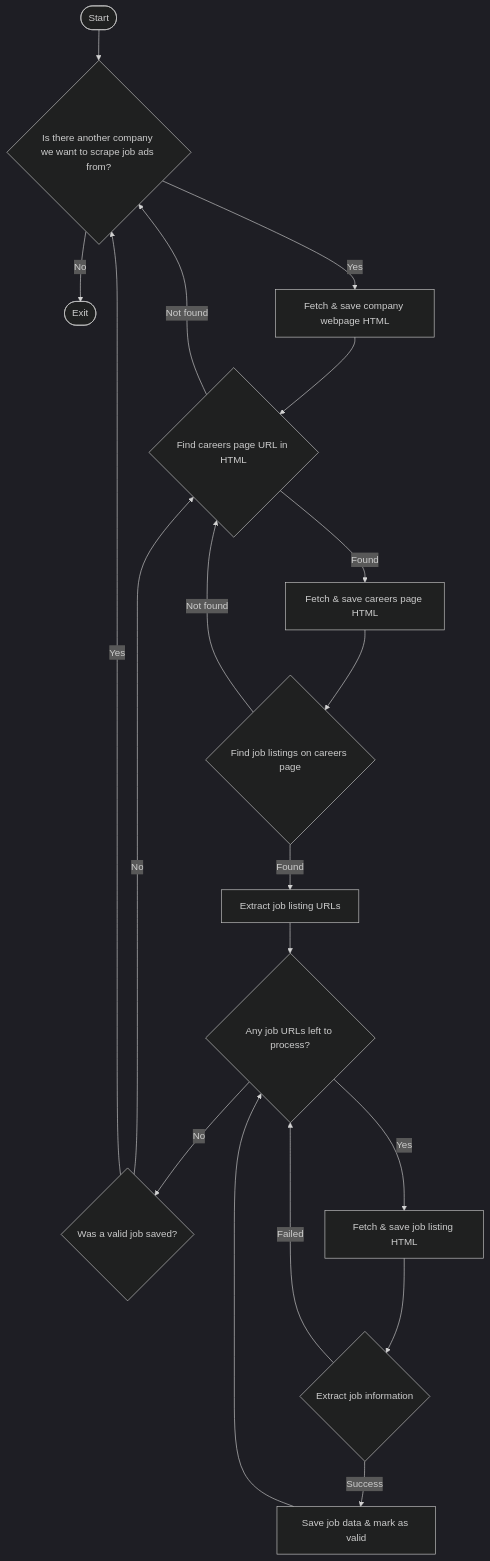
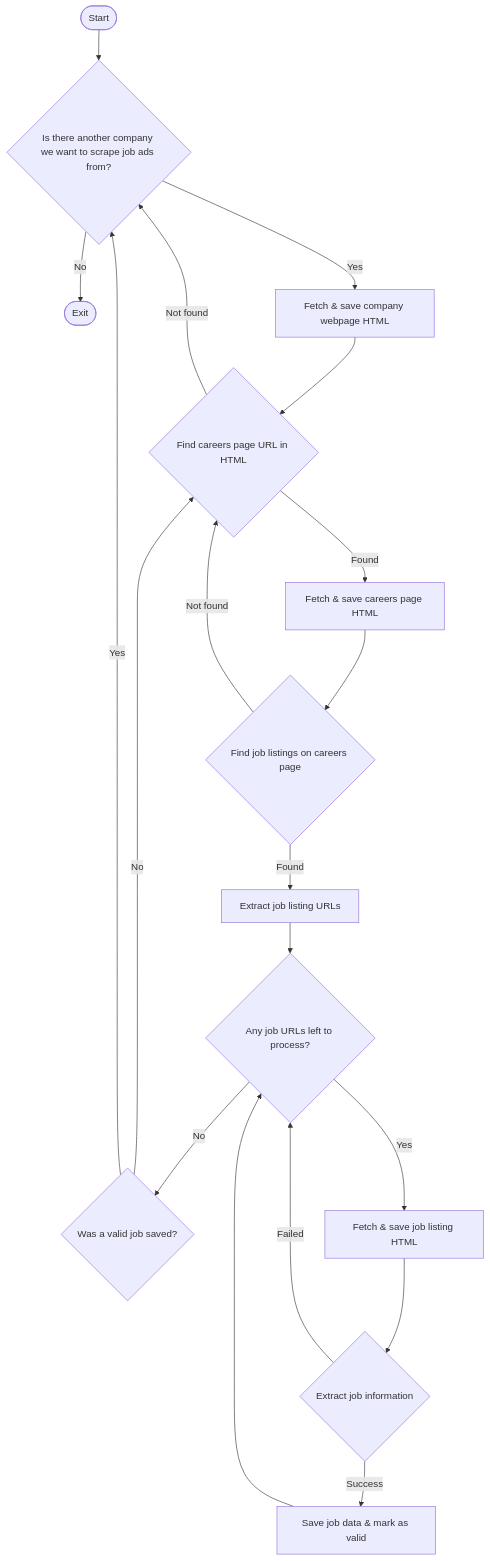
Before and after one commit to a-curious-coder/scrounger: the diagram in README.md, drawn with Mermaid. The commit also changed 4 other files, not shown here.

````diff
--- a/README.md
+++ b/README.md
@@ -51,22 +51,22 @@
 ```mermaid
-%%{init: {'theme': 'dark', 'flowchart': {'curve': 'basis'}, 'fontSize': 14}}%%
+%%{init: {'theme': 'dark', 'flowchart': {'curve': 'basis'}, 'fontSize': 14px}}%%
 flowchart TB
     Start(["`Start`"]) --> CheckCompanyURL{"`Is there another company we want to scrape job ads from?`"}
     CheckCompanyURL -->|No| Exit(["`Exit`"])
     CheckCompanyURL -->|Yes| GetMainPage["`Fetch & save company webpage HTML`"]
     GetMainPage --> FindCareersURL{"`Find careers page URL in HTML`"}
     FindCareersURL -->|Not found| CheckCompanyURL
     FindCareersURL -->|Found| GetCareersPage["`Fetch & save careers page HTML`"]
     GetCareersPage --> FindJobListings{"`Find job listings on careers page`"}
     FindJobListings -->|Not found| FindCareersURL
     FindJobListings -->|Found| ExtractJobURLs["`Extract job listing URLs`"]
     ExtractJobURLs --> CheckJobURL{"`Any job URLs left to process?`"}
     CheckJobURL -->|No| CheckValidJob{"`Was a valid job saved?`"}
     CheckValidJob -->|No| FindCareersURL
     CheckValidJob -->|Yes| CheckCompanyURL
     CheckJobURL -->|Yes| GetJobPage["`Fetch & save job listing HTML`"]
     GetJobPage --> ExtractJobInfo{"`Extract job information`"}
     ExtractJobInfo -->|Failed| CheckJobURL
     ExtractJobInfo -->|Success| SaveJobData["`Save job data & mark as valid`"]
     SaveJobData --> CheckJobURL
 ```
````
